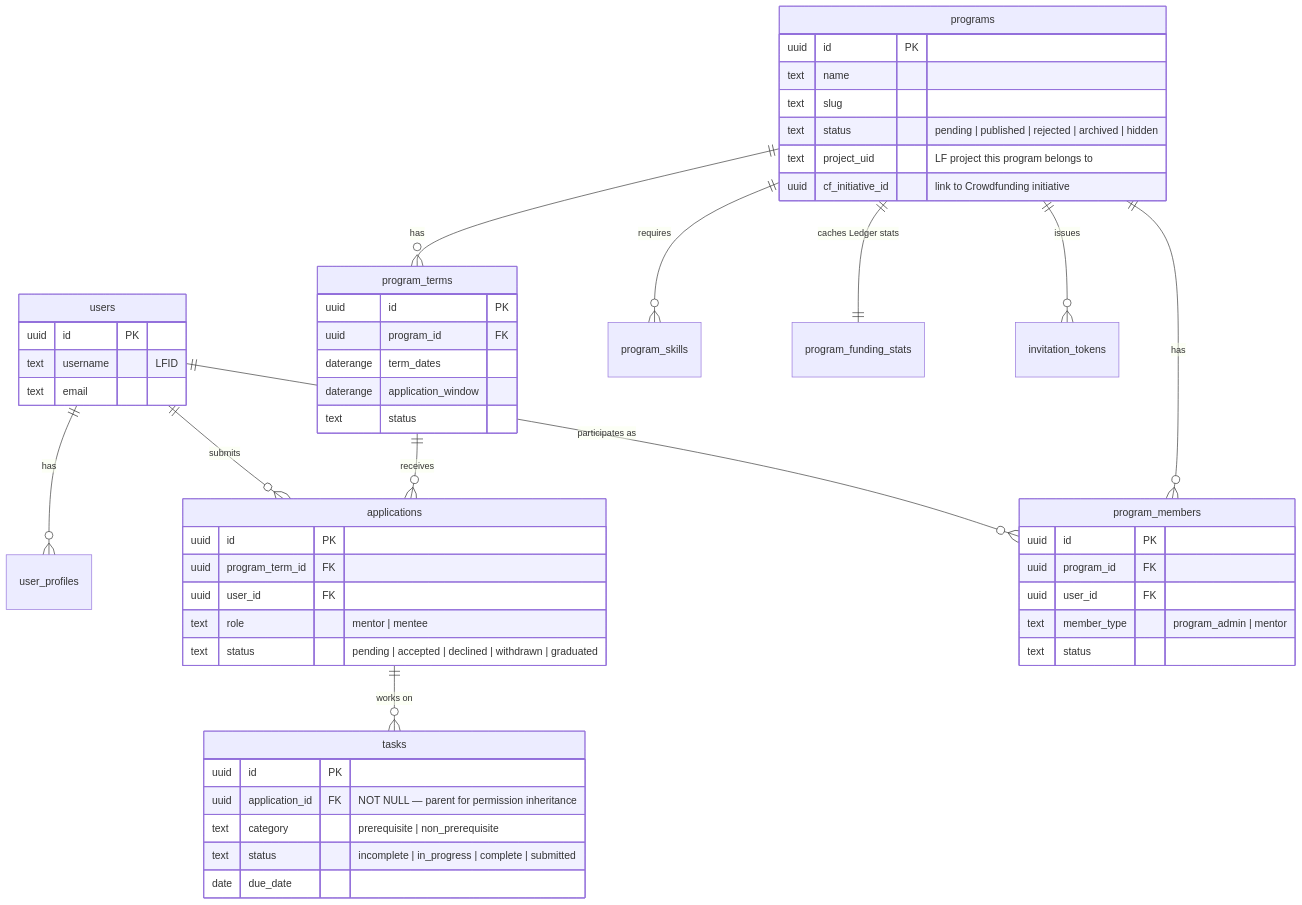
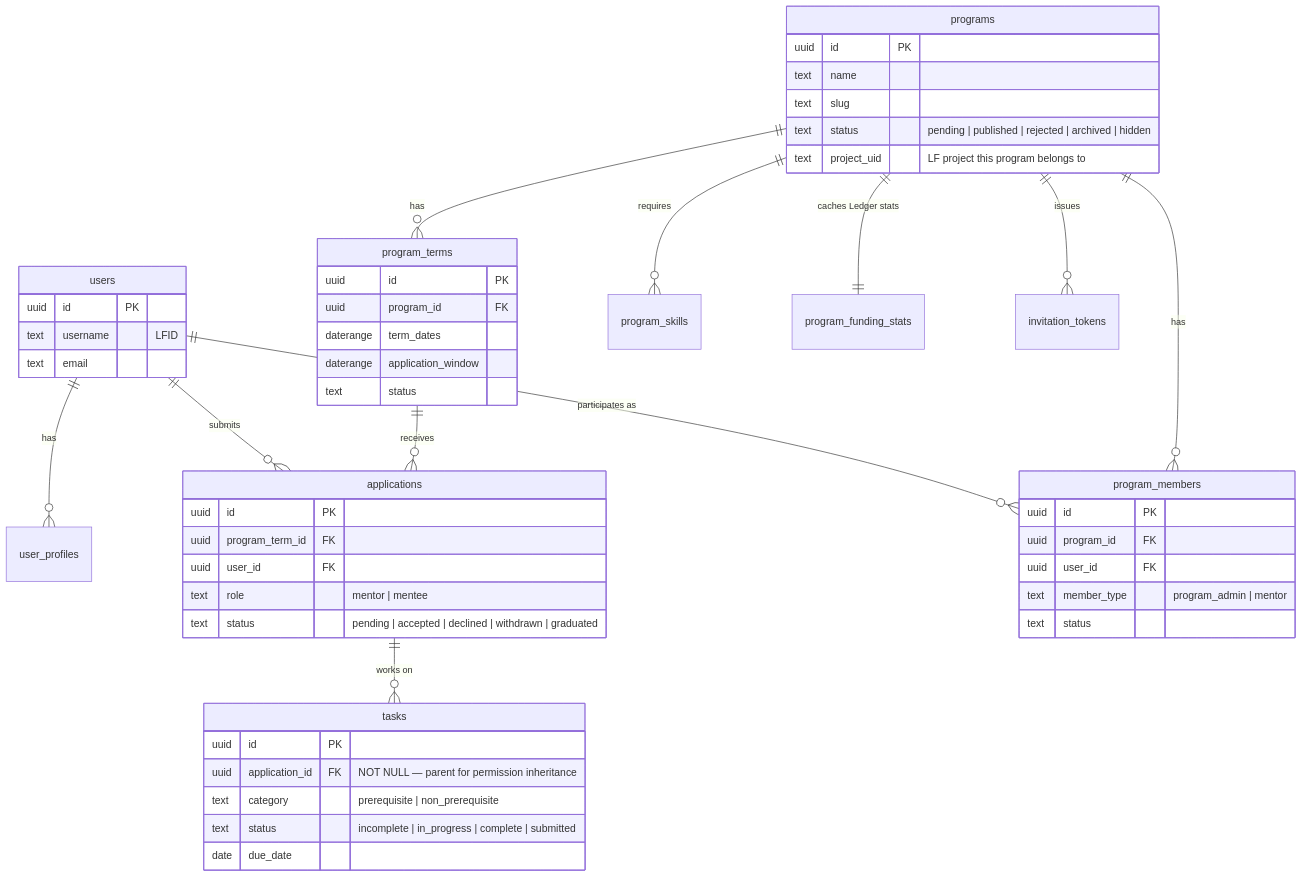
One commit to linuxfoundation/lfx-mentorship changed the second of 2 diagrams in docs/rewrite/02-target-architecture.md. Above: the diagram before and after it, drawn with Mermaid. The commit also changed other lines of this file and 1 other file, not shown here.

First line of the commit message:
docs: correct ARCHITECTURE.md against the frontend, Self Serve and Ledger

````diff
--- a/docs/rewrite/02-target-architecture.md
+++ b/docs/rewrite/02-target-architecture.md
@@ -103,55 +103,54 @@
 ```mermaid
 erDiagram
     users ||--o{ user_profiles : has
     users ||--o{ applications : submits
     users ||--o{ program_members : "participates as"
     programs ||--o{ program_terms : has
     programs ||--o{ program_members : has
     programs ||--o{ program_skills : requires
     programs ||--|| program_funding_stats : "caches Ledger stats"
     program_terms ||--o{ applications : receives
     applications ||--o{ tasks : "works on"
     programs ||--o{ invitation_tokens : issues
 
     users {
         uuid id PK
         text username "LFID"
         text email
     }
     programs {
         uuid id PK
         text name
         text slug
         text status "pending | published | rejected | archived | hidden"
         text project_uid "LF project this program belongs to"
-        uuid cf_initiative_id "link to Crowdfunding initiative"
     }
     program_terms {
         uuid id PK
         uuid program_id FK
         daterange term_dates
         daterange application_window
         text status
     }
     applications {
         uuid id PK
         uuid program_term_id FK
         uuid user_id FK
         text role "mentor | mentee"
         text status "pending | accepted | declined | withdrawn | graduated"
     }
     program_members {
         uuid id PK
         uuid program_id FK
         uuid user_id FK
         text member_type "program_admin | mentor"
         text status
     }
     tasks {
         uuid id PK
         uuid application_id FK "NOT NULL — parent for permission inheritance"
         text category "prerequisite | non_prerequisite"
         text status "incomplete | in_progress | complete | submitted"
         date due_date
     }
 ```
````
